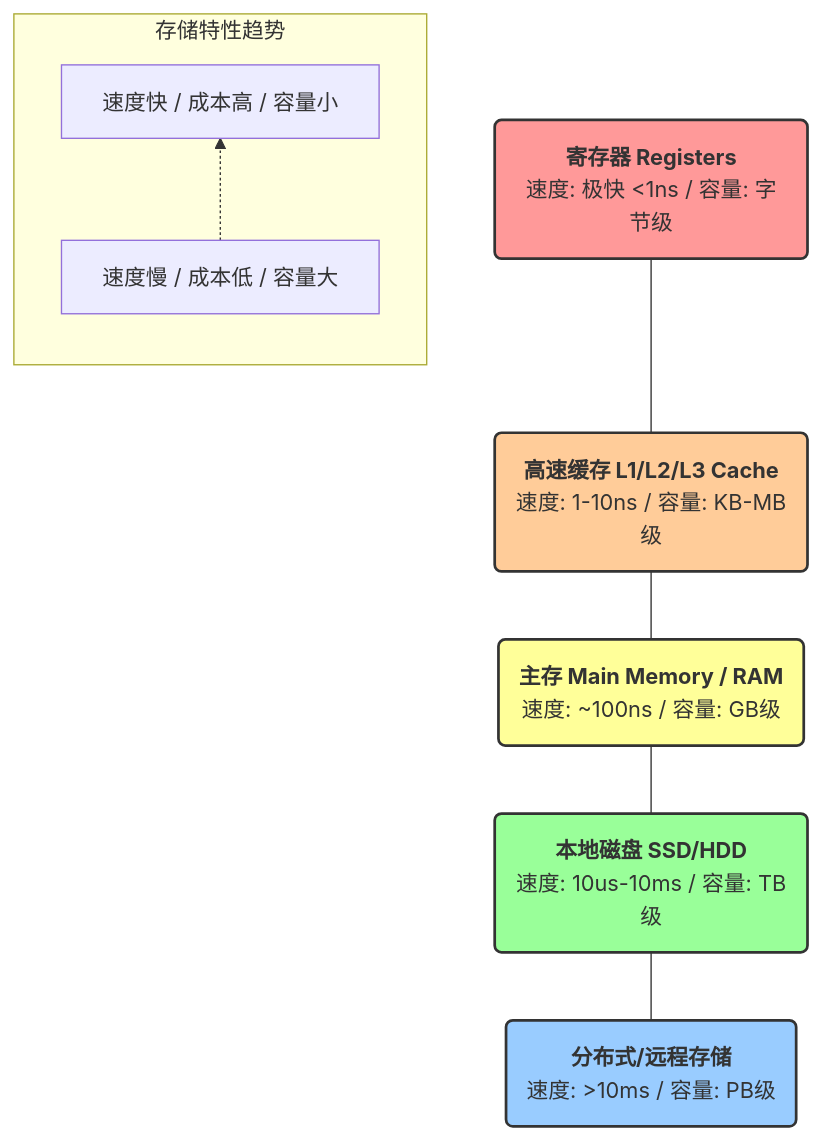
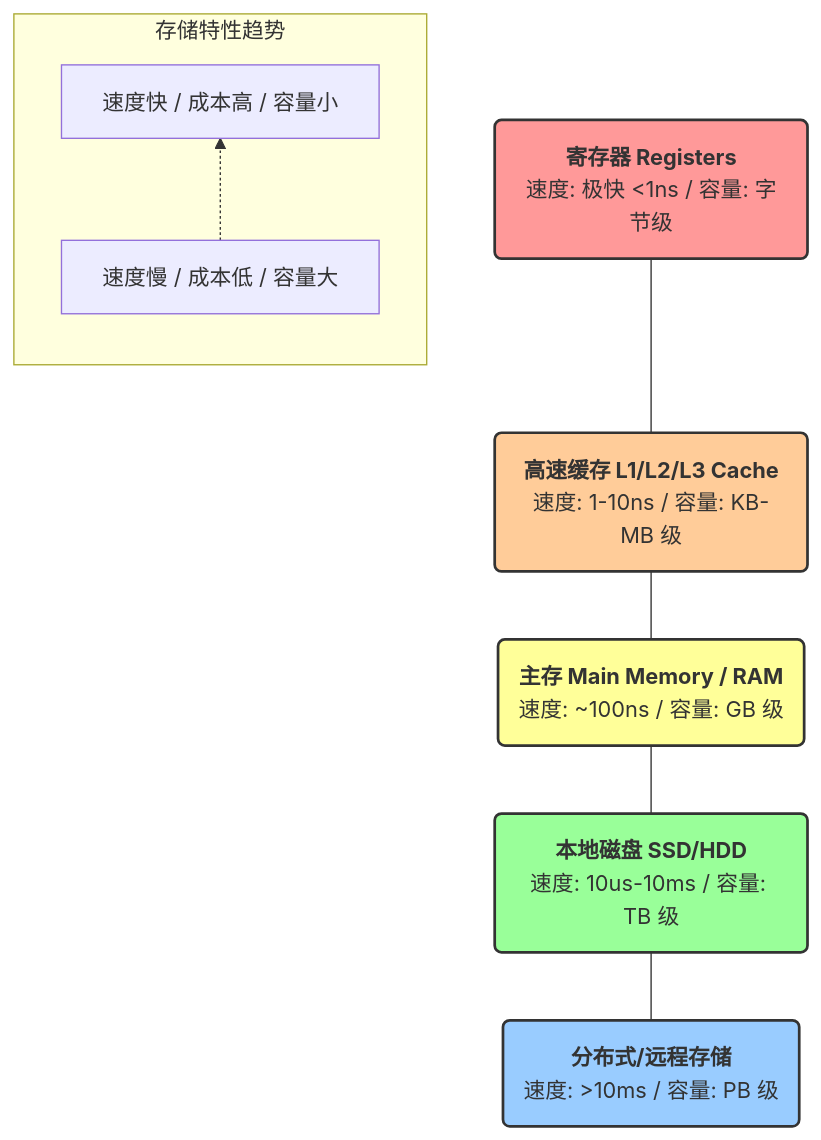
One commit to cedri-i/gravisHome changed the first of 3 diagrams in src/content/docs/notes/Lecture-11.md. Above: the diagram before and after it, drawn with Mermaid. The commit also changed other lines of this file and 5 other files, not shown here.

````diff
--- a/src/content/docs/notes/Lecture-11.md
+++ b/src/content/docs/notes/Lecture-11.md
@@ -12,34 +12,34 @@
 ```mermaid
 graph TD
     %% 定义颜色样式
     classDef registers fill:#ff9999,stroke:#333,stroke-width:2px;
     classDef cache fill:#ffcc99,stroke:#333,stroke-width:2px;
     classDef memory fill:#ffff99,stroke:#333,stroke-width:2px;
     classDef disk fill:#99ff99,stroke:#333,stroke-width:2px;
     classDef remote fill:#99ccff,stroke:#333,stroke-width:2px;
 
     %% 金字塔层级定义
     Reg(<b>寄存器 Registers</b><br/>速度: 极快 &lt;1ns / 容量: 字节级)
-    L1(<b>高速缓存 L1/L2/L3 Cache</b><br/>速度: 1-10ns / 容量: KB-MB级)
-    RAM(<b>主存 Main Memory / RAM</b><br/>速度: ~100ns / 容量: GB级)
-    Disk(<b>本地磁盘 SSD/HDD</b><br/>速度: 10us-10ms / 容量: TB级)
-    Remote(<b>分布式/远程存储</b><br/>速度: &gt;10ms / 容量: PB级)
+    L1(<b>高速缓存 L1/L2/L3 Cache</b><br/>速度: 1-10ns / 容量: KB-MB 级)
+    RAM(<b>主存 Main Memory / RAM</b><br/>速度: ~100ns / 容量: GB 级)
+    Disk(<b>本地磁盘 SSD/HDD</b><br/>速度: 10us-10ms / 容量: TB 级)
+    Remote(<b>分布式/远程存储</b><br/>速度: &gt;10ms / 容量: PB 级)
 
     %% 连接关系
     Reg --- L1 --- RAM --- Disk --- Remote
 
     %% 应用样式
     class Reg registers;
     class L1 cache;
     class RAM memory;
     class Disk disk;
     class Remote remote;
 
     %% 补充侧边趋势说明
     subgraph Legend [存储特性趋势]
         direction BT
         UP[速度快 / 成本高 / 容量小]
         DOWN[速度慢 / 成本低 / 容量大]
         DOWN -.-> UP
     end
 ```
````
